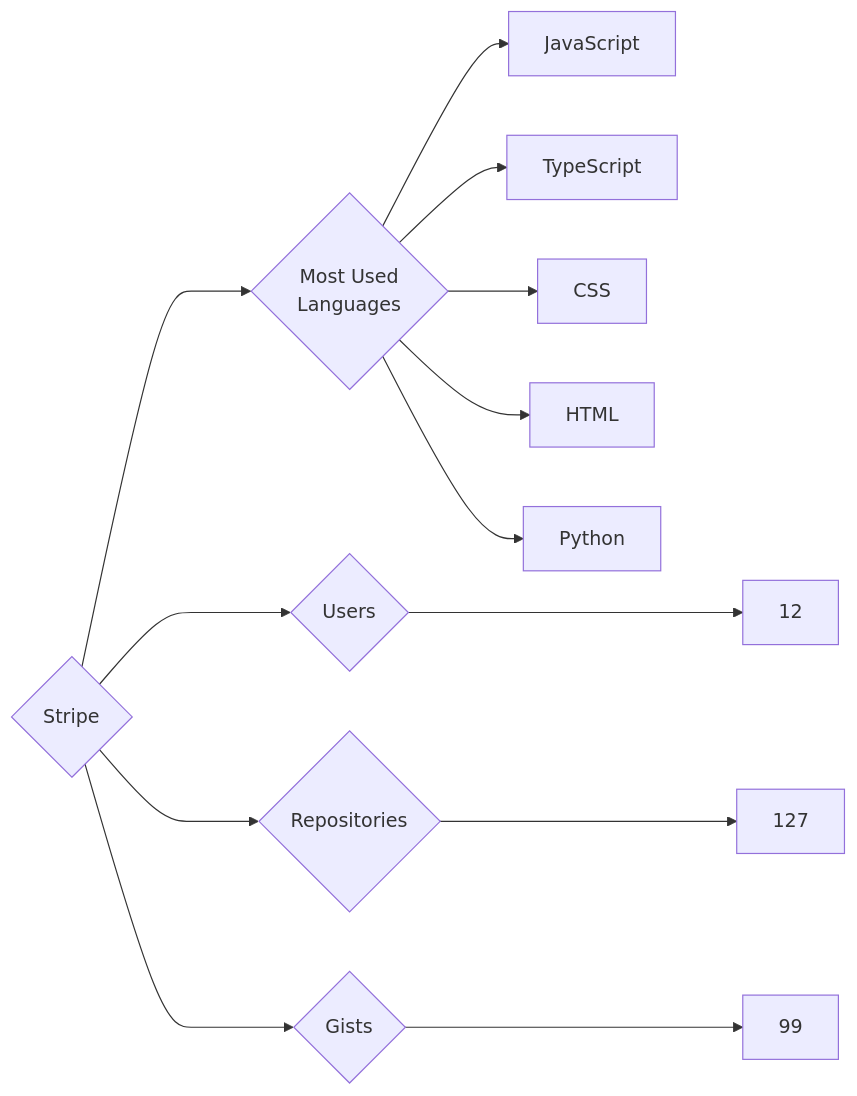
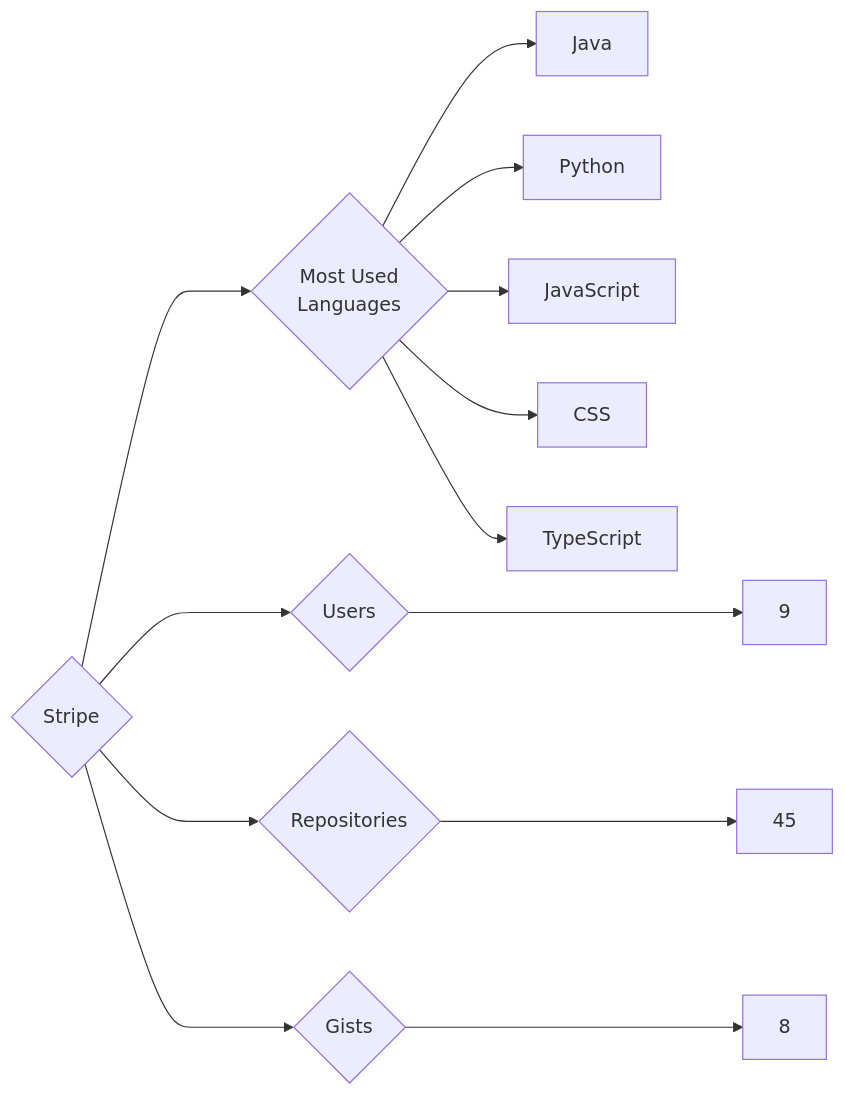
The diagram in targets/Stripe/README.md (trickest/insiders), drawn with Mermaid before and after one commit. The commit also changed 1484 other files, not shown here.

````diff
--- a/targets/Stripe/README.md
+++ b/targets/Stripe/README.md
@@ -3,13 +3,13 @@
 ```mermaid
 graph LR
 COMPANY_NAME{Stripe}
-COMPANY_NAME ---> U{Users} ---> UN[12]
-COMPANY_NAME ---> R{Repositories} ---> RN[127]
-COMPANY_NAME ---> G{Gists} ---> GN[99]
+COMPANY_NAME ---> U{Users} ---> UN[9]
+COMPANY_NAME ---> R{Repositories} ---> RN[45]
+COMPANY_NAME ---> G{Gists} ---> GN[8]
 COMPANY_NAME ---> ML{Most Used<br>Languages}
+ML --> Java[Java]
+ML --> Python[Python]
 ML --> JavaScript[JavaScript]
+ML --> CSS[CSS]
 ML --> TypeScript[TypeScript]
-ML --> CSS[CSS]
-ML --> HTML[HTML]
-ML --> Python[Python]
 ```
````
